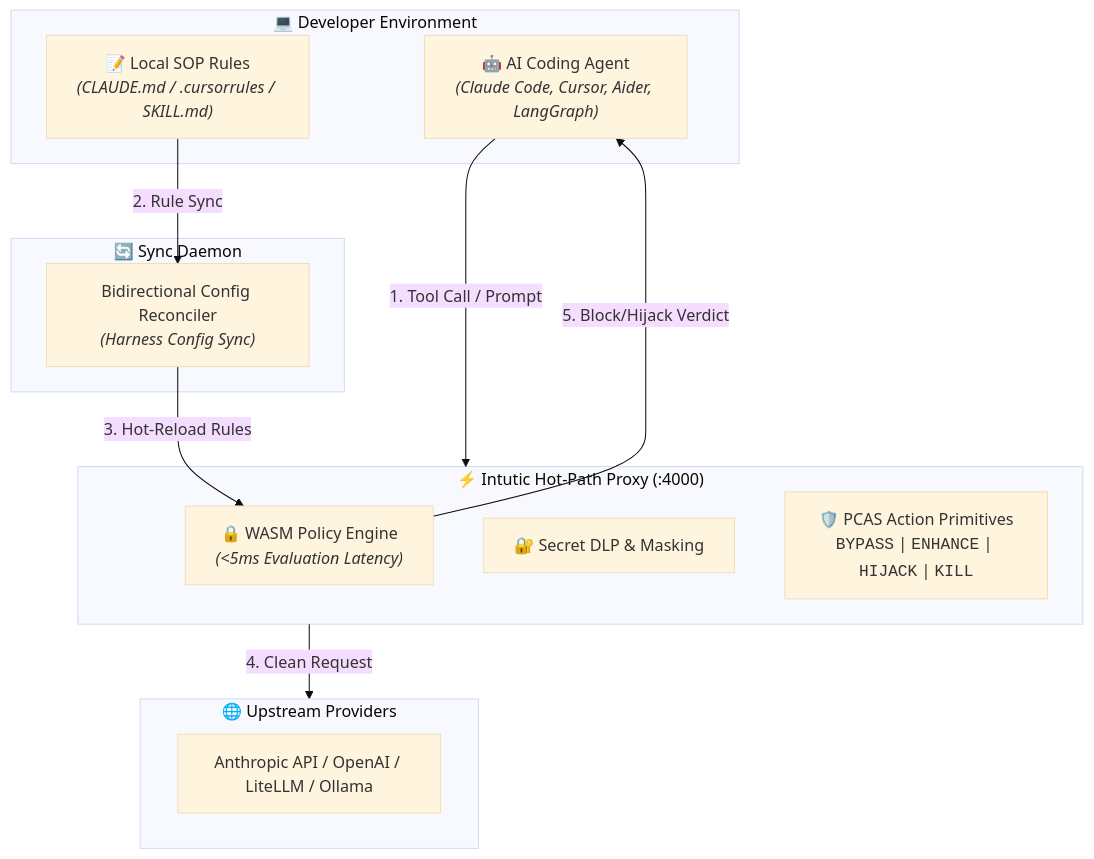
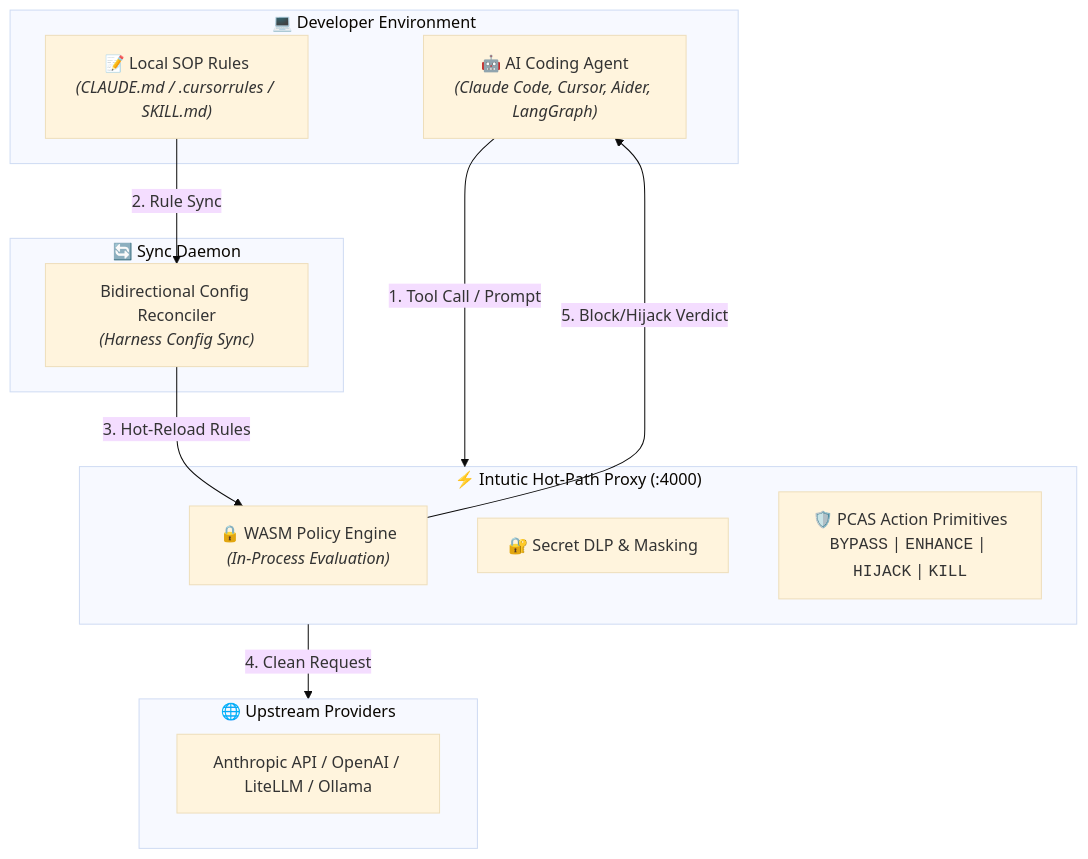
The diagram in README.md (intutic/intutic), drawn with Mermaid (base theme) before and after one commit. The commit also changed other lines of this file and 28 other files, not shown here.

````diff
--- a/README.md
+++ b/README.md
@@ -35,27 +35,27 @@
 ```mermaid
 flowchart TD
     subgraph DevEnvironment[" 💻 Developer Environment "]
         Agent["🤖 AI Coding Agent<br><i>(Claude Code, Cursor, Aider, LangGraph)</i>"]
         SOP["📝 Local SOP Rules<br><i>(CLAUDE.md / .cursorrules / SKILL.md)</i>"]
     end
 
     subgraph HotPathProxy[" ⚡ Intutic Hot-Path Proxy (:4000) "]
-        Engine["🔒 WASM Policy Engine<br><i>(&lt;5ms Evaluation Latency)</i>"]
+        Engine["🔒 WASM Policy Engine<br><i>(In-Process Evaluation)</i>"]
         DLP["🔐 Secret DLP & Masking"]
         PCAS["🛡️ PCAS Action Primitives<br><code>BYPASS</code> | <code>ENHANCE</code> | <code>HIJACK</code> | <code>KILL</code>"]
     end
 
     subgraph SyncDaemon[" 🔄 Sync Daemon "]
         Reconcile["Bidirectional Config Reconciler<br><i>(Harness Config Sync)</i>"]
     end
 
     subgraph UpstreamProviders[" 🌐 Upstream Providers "]
         Providers["Anthropic API / OpenAI / LiteLLM / Ollama"]
     end
 
     Agent -->|1. Tool Call / Prompt| HotPathProxy
     SOP -->|2. Rule Sync| Reconcile
     Reconcile -->|3. Hot-Reload Rules| Engine
     HotPathProxy -->|4. Clean Request| UpstreamProviders
     Engine -->|5. Block/Hijack Verdict| Agent
 ```
````
